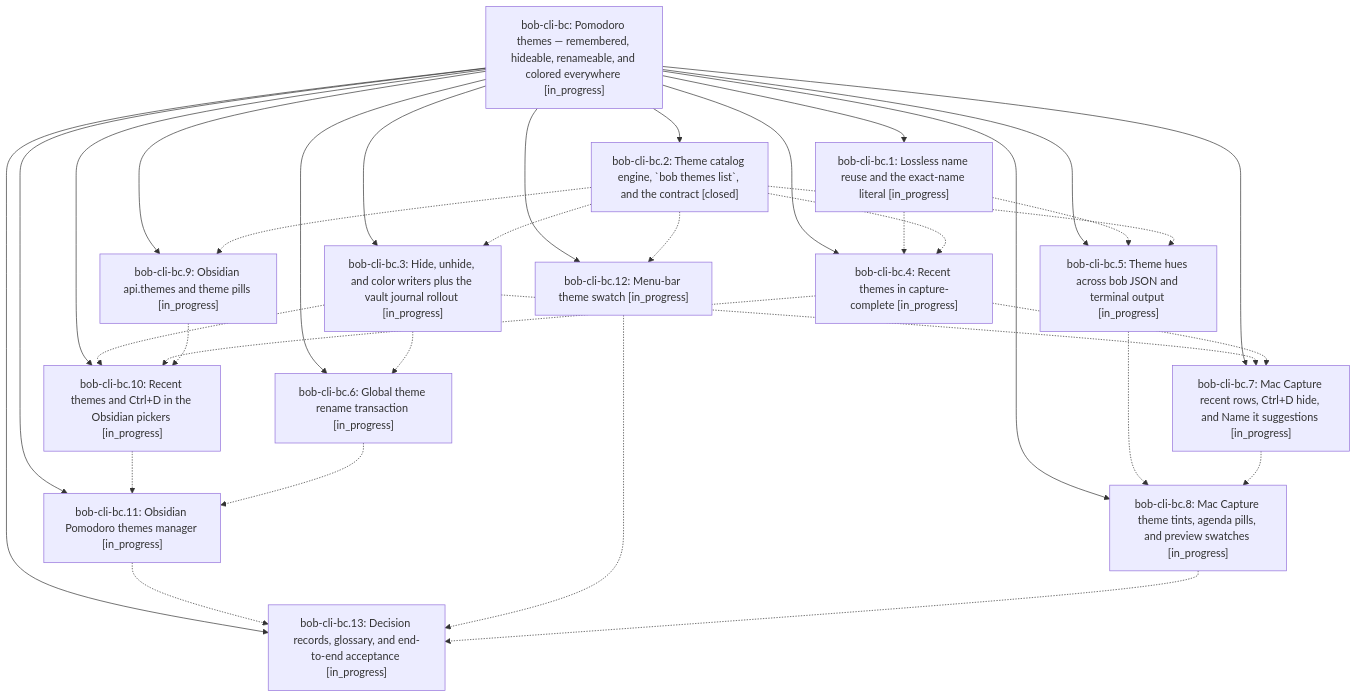
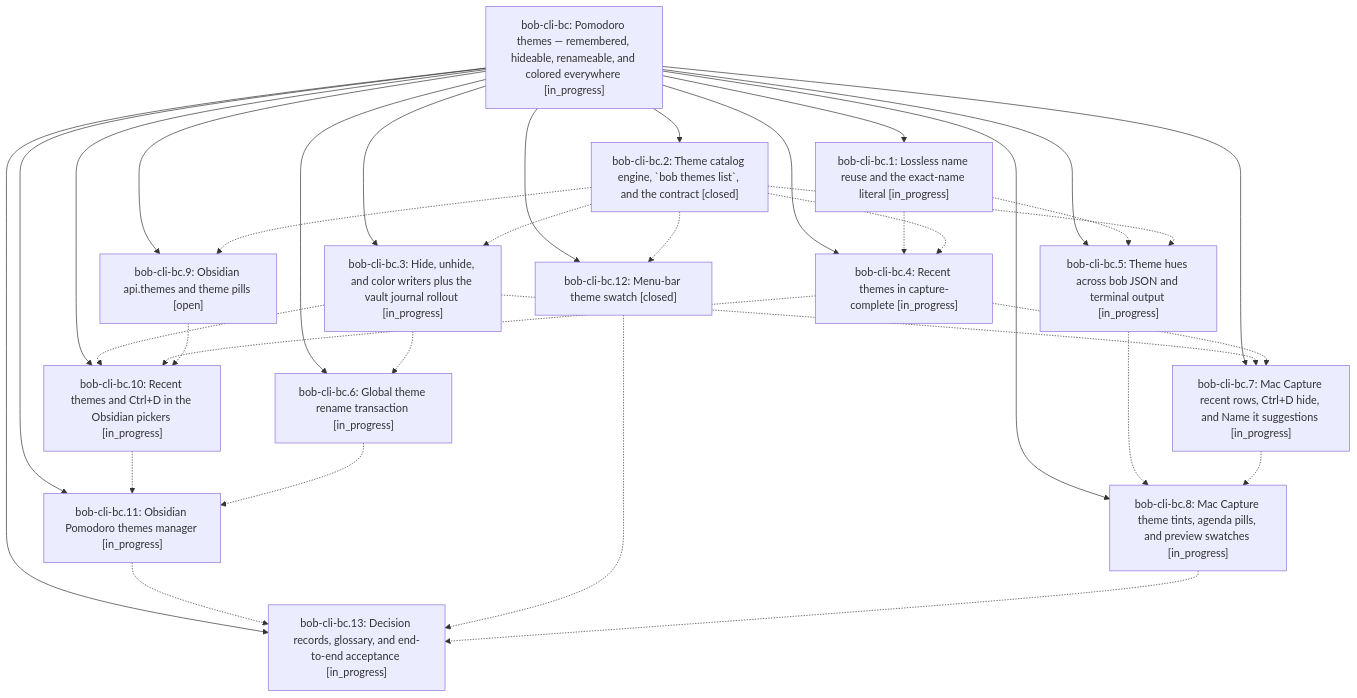
One commit to bobs-org/bob-cli--beads changed the diagram in pages/bob-cli-bc/README.md. Above: the diagram before and after it, drawn with Mermaid. The commit also changed other lines of this file and 5 other files, not shown here.

First line of the commit message:
chore(beads): sync bead state and pages for bob-cli-bc

````diff
--- a/pages/bob-cli-bc/README.md
+++ b/pages/bob-cli-bc/README.md
@@ -46,50 +46,50 @@
 ```mermaid
 flowchart TD
     n0["bob-cli-bc: Pomodoro themes — remembered, hideable, renameable, and colored everywhere [in_progress]"]
     n1["bob-cli-bc.1: Lossless name reuse and the exact-name literal [in_progress]"]
     n2["bob-cli-bc.10: Recent themes and Ctrl+D in the Obsidian pickers [in_progress]"]
     n3["bob-cli-bc.11: Obsidian Pomodoro themes manager [in_progress]"]
-    n4["bob-cli-bc.12: Menu-bar theme swatch [in_progress]"]
+    n4["bob-cli-bc.12: Menu-bar theme swatch [closed]"]
     n5["bob-cli-bc.13: Decision records, glossary, and end-to-end acceptance [in_progress]"]
     n6["bob-cli-bc.2: Theme catalog engine, `bob themes list`, and the contract [closed]"]
     n7["bob-cli-bc.3: Hide, unhide, and color writers plus the vault journal rollout [in_progress]"]
     n8["bob-cli-bc.4: Recent themes in capture-complete [in_progress]"]
     n9["bob-cli-bc.5: Theme hues across bob JSON and terminal output [in_progress]"]
     n10["bob-cli-bc.6: Global theme rename transaction [in_progress]"]
     n11["bob-cli-bc.7: Mac Capture recent rows, Ctrl+D hide, and Name it suggestions [in_progress]"]
     n12["bob-cli-bc.8: Mac Capture theme tints, agenda pills, and preview swatches [in_progress]"]
-    n13["bob-cli-bc.9: Obsidian api.themes and theme pills [in_progress]"]
+    n13["bob-cli-bc.9: Obsidian api.themes and theme pills [open]"]
     n0 --> n1
     n0 --> n2
     n0 --> n3
     n0 --> n4
     n0 --> n5
     n0 --> n6
     n0 --> n7
     n0 --> n8
     n0 --> n9
     n0 --> n10
     n0 --> n11
     n0 --> n12
     n0 --> n13
     n1 -.-> n8
     n1 -.-> n9
     n2 -.-> n3
     n3 -.-> n5
     n4 -.-> n5
     n6 -.-> n4
     n6 -.-> n7
     n6 -.-> n8
     n6 -.-> n9
     n6 -.-> n13
     n7 -.-> n2
     n7 -.-> n10
     n7 -.-> n11
     n8 -.-> n2
     n8 -.-> n11
     n9 -.-> n12
     n10 -.-> n3
     n11 -.-> n12
     n12 -.-> n5
     n13 -.-> n2
 ```
````
